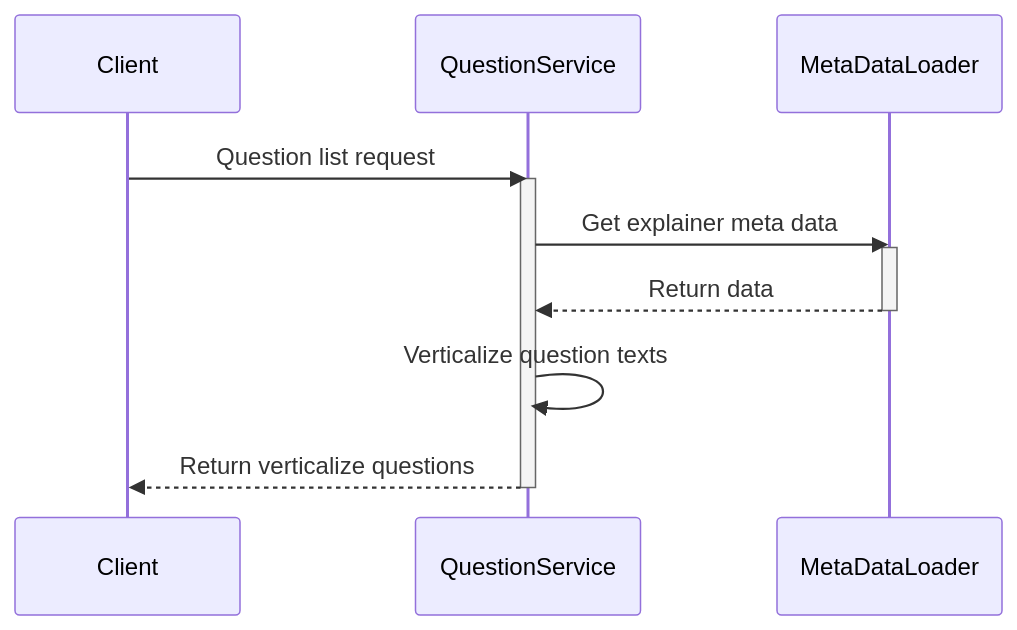
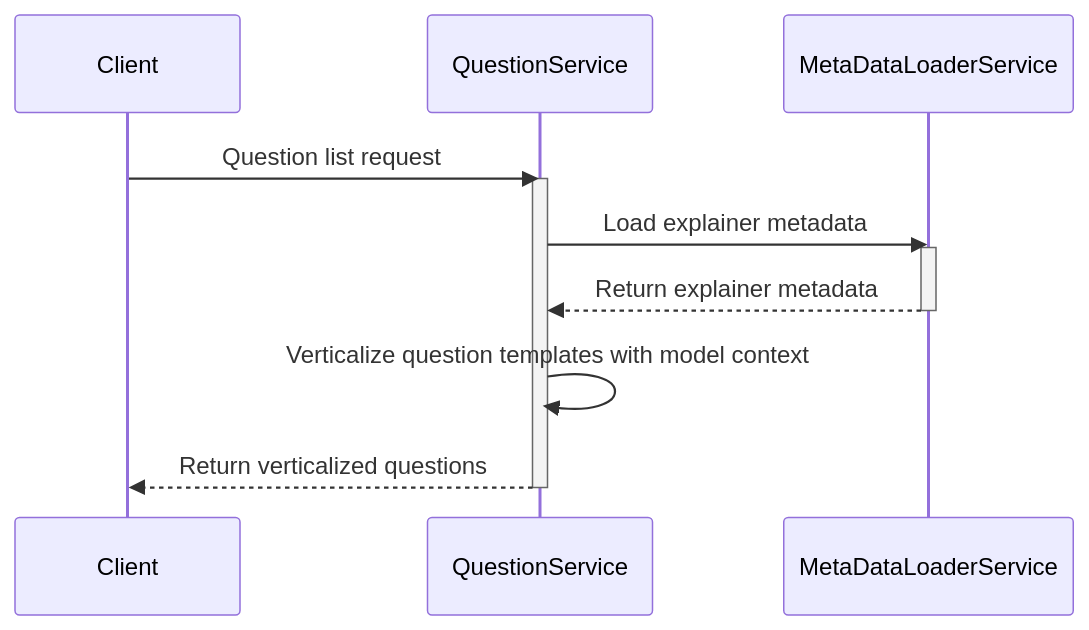
The third of 7 diagrams in README.md (agridatavalue/ADV-ALMA-XAI), drawn with Mermaid before and after one commit. The commit also changed other lines of this file, not shown here.

````diff
--- a/README.md
+++ b/README.md
@@ -141,16 +208,16 @@
 ```mermaid
 sequenceDiagram
     participant Client
     participant QuestionService
-    participant MetaDataLoader
+    participant MetaDataLoaderService
 
     Client->>QuestionService: Question list request
     activate QuestionService
-    QuestionService->>MetaDataLoader: Get explainer meta data
-    activate MetaDataLoader
-    MetaDataLoader-->>QuestionService: Return data
-    deactivate MetaDataLoader
-    QuestionService->>QuestionService: Verticalize question texts
-    QuestionService-->>Client: Return verticalize questions
+    QuestionService->>MetaDataLoaderService: Load explainer metadata
+    activate MetaDataLoaderService
+    MetaDataLoaderService-->>QuestionService: Return explainer metadata
+    deactivate MetaDataLoaderService
+    QuestionService->>QuestionService: Verticalize question templates with model context
+    QuestionService-->>Client: Return verticalized questions
     deactivate QuestionService
 ```
````
